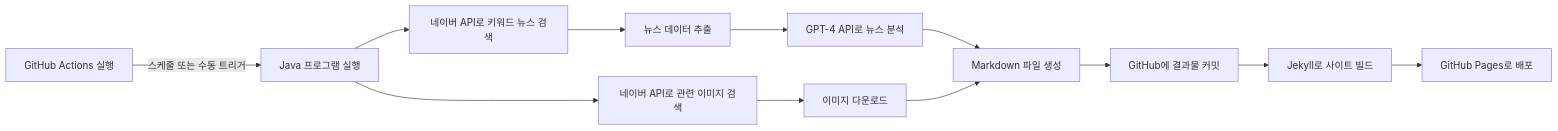
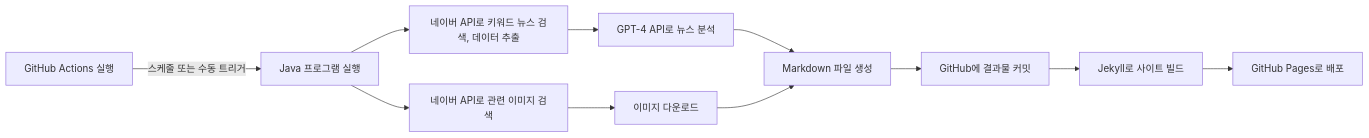
Before and after one commit to nan0silver/doge_trend_monitoring: the diagram in README.md, drawn with Mermaid.

Commit message:
docs : README mermaid 노드 하나 삭제

````diff
--- a/README.md
+++ b/README.md
@@ -16,14 +16,13 @@
 ```mermaid
 flowchart LR
     A[GitHub Actions 실행] -->|스케줄 또는 수동 트리거| B[Java 프로그램 실행]
-    B --> C[네이버 API로 키워드 뉴스 검색]
-    C --> D[뉴스 데이터 추출]
-    D --> E[GPT-4 API로 뉴스 분석]
+    B --> C[네이버 API로 키워드 뉴스 검색, 데이터 추출]
+    C --> E[GPT-4 API로 뉴스 분석]
     B --> F[네이버 API로 관련 이미지 검색]
     F --> G[이미지 다운로드]
     E --> H[Markdown 파일 생성]
     G --> H
     H --> I[GitHub에 결과물 커밋]
     I --> J[Jekyll로 사이트 빌드]
     J --> K[GitHub Pages로 배포]
 ```
````
